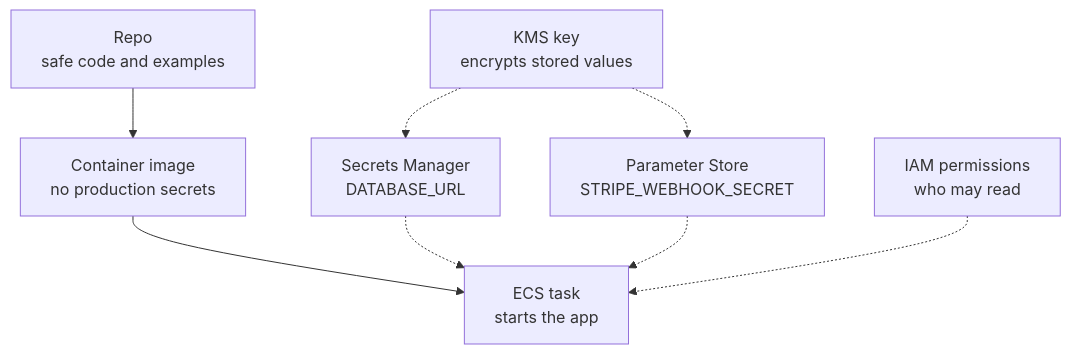
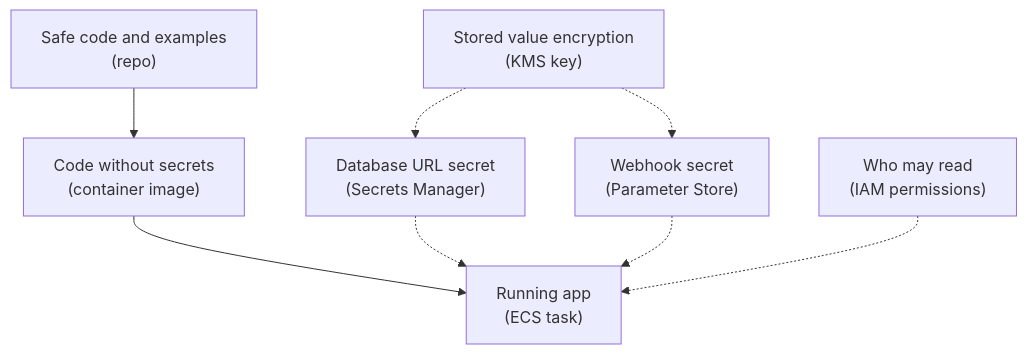
The diagram in cloud-providers/aws/identity-security/secrets-and-encryption-basics.md (senlinyy/dev-roadmaps), drawn with Mermaid before and after one commit. The commit also changed 89 other files, not shown here.

````diff
--- a/cloud-providers/aws/identity-security/secrets-and-encryption-basics.md
+++ b/cloud-providers/aws/identity-security/secrets-and-encryption-basics.md
@@ -95,10 +95,10 @@
 ```mermaid
 graph TD
-    REPO["Repo<br/>safe code and examples"] --> IMAGE["Container image<br/>no production secrets"]
-    IMAGE --> ECS["ECS task<br/>starts the app"]
-    SM["Secrets Manager<br/>DATABASE_URL"] -.-> ECS
-    SSM["Parameter Store<br/>STRIPE_WEBHOOK_SECRET"] -.-> ECS
-    KMS["KMS key<br/>encrypts stored values"] -.-> SM
+    REPO["Safe code and examples<br/>(repo)"] --> IMAGE["Code without secrets<br/>(container image)"]
+    IMAGE --> ECS["Running app<br/>(ECS task)"]
+    SM["Database URL secret<br/>(Secrets Manager)"] -.-> ECS
+    SSM["Webhook secret<br/>(Parameter Store)"] -.-> ECS
+    KMS["Stored value encryption<br/>(KMS key)"] -.-> SM
     KMS -.-> SSM
-    IAM["IAM permissions<br/>who may read"] -.-> ECS
+    IAM["Who may read<br/>(IAM permissions)"] -.-> ECS
 ```
````
